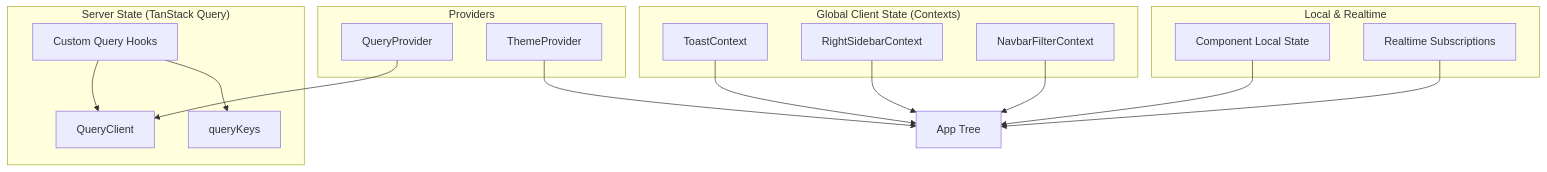
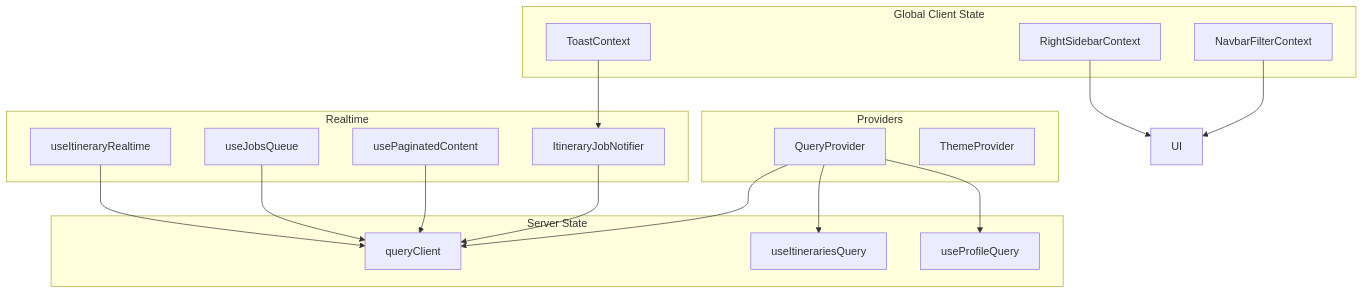
Before and after one commit to Meaetin/alibaba-hackathon: the first of 8 diagrams in .qoder/repowiki/en/content/State Management/State Management.md, drawn with Mermaid. The commit also changed other lines of this file and 241 other files, not shown here.

````diff
--- a/.qoder/repowiki/en/content/State Management/State Management.md
+++ b/.qoder/repowiki/en/content/State Management/State Management.md
@@ -45,30 +51,33 @@
 ```mermaid
 graph TB
 subgraph "Providers"
 QP["QueryProvider"]
 TP["ThemeProvider"]
 end
-subgraph "Global Client State (Contexts)"
-ToastC["ToastContext"]
-SidebarC["RightSidebarContext"]
-FilterC["NavbarFilterContext"]
+subgraph "Global Client State"
+TC["ToastContext"]
+RSC["RightSidebarContext"]
+NFC["NavbarFilterContext"]
 end
-subgraph "Server State (TanStack Query)"
-QC["QueryClient"]
-Keys["queryKeys"]
-HooksQ["Custom Query Hooks"]
+subgraph "Server State"
+QC["queryClient"]
+UQ1["useItinerariesQuery"]
+UQ2["useProfileQuery"]
 end
-subgraph "Local & Realtime"
-Local["Component Local State"]
-RT["Realtime Subscriptions"]
+subgraph "Realtime"
+UIR["useItineraryRealtime"]
+UJQ["useJobsQueue"]
+UPC["usePaginatedContent"]
+IJN["ItineraryJobNotifier"]
 end
 QP --> QC
-TP --> App["App Tree"]
-ToastC --> App
-SidebarC --> App
-FilterC --> App
-HooksQ --> QC
-HooksQ --> Keys
-RT --> App
-Local --> App
+QP --> UQ1
+QP --> UQ2
+UIR --> QC
+UJQ --> QC
+UPC --> QC
+IJN --> QC
+TC --> IJN
+RSC --> UI
+NFC --> UI
 ```
````
